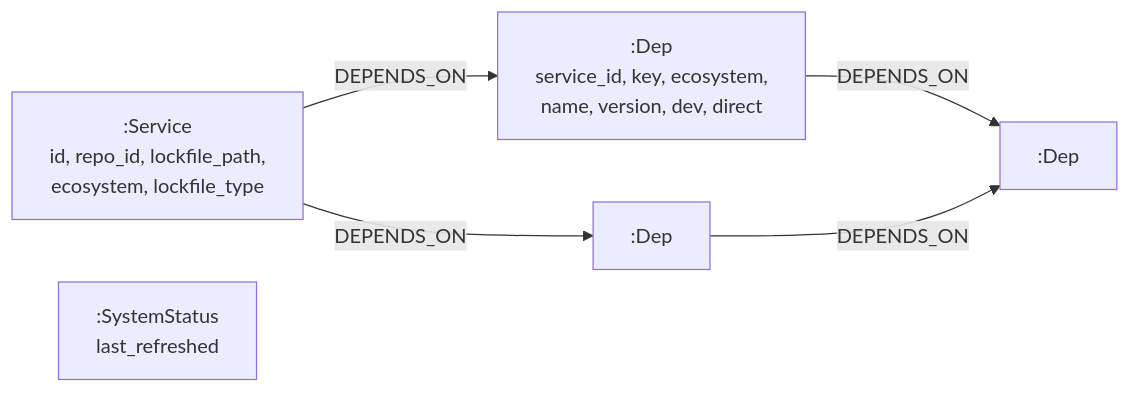
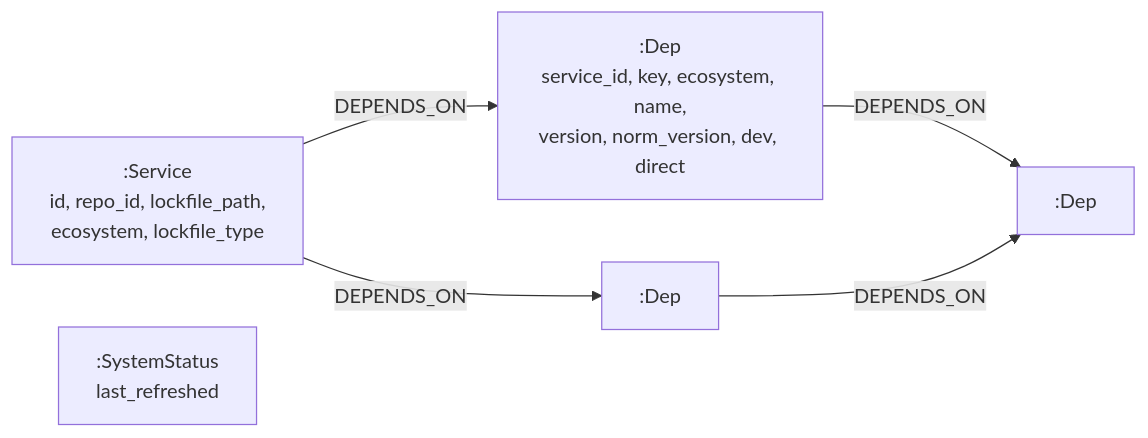
The fourth of 5 diagrams in docs/architecture.md (ManavSanghvi02/depguard), drawn with Mermaid before and after one commit. The commit also changed other lines of this file and 97 other files, not shown here.

````diff
--- a/docs/architecture.md
+++ b/docs/architecture.md
@@ -271,12 +276,12 @@
 ```mermaid
 flowchart LR
   S[":Service<br/>id, repo_id, lockfile_path,<br/>ecosystem, lockfile_type"]
-  D1[":Dep<br/>service_id, key, ecosystem,<br/>name, version, dev, direct"]
+  D1[":Dep<br/>service_id, key, ecosystem, name,<br/>version, norm_version, dev, direct"]
   D2[":Dep"]
   D3[":Dep"]
   SS[":SystemStatus<br/>last_refreshed"]
   S -- DEPENDS_ON --> D1
   S -- DEPENDS_ON --> D2
   D1 -- DEPENDS_ON --> D3
   D2 -- DEPENDS_ON --> D3
 ```
````
